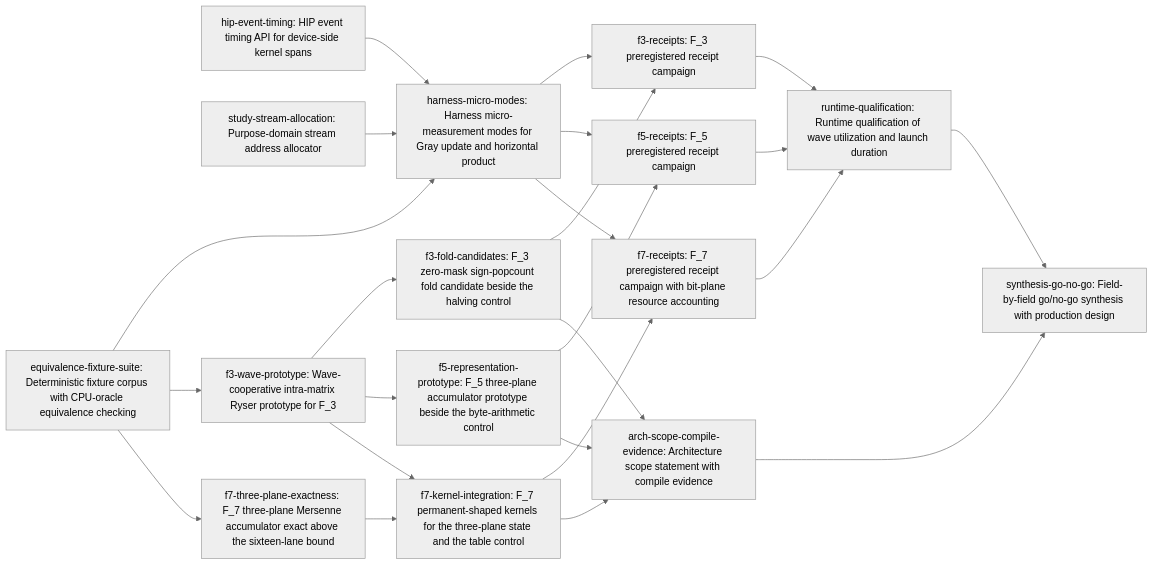
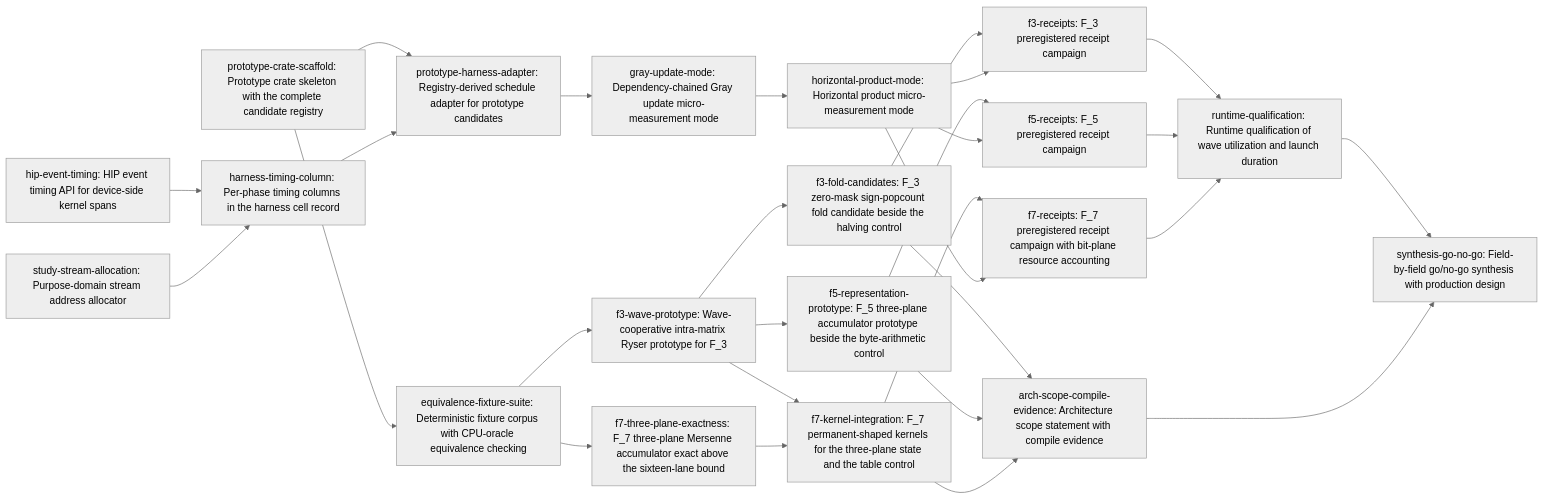
The diagram in dev/active/0de41c82/plan.md (erankavija/gf2), drawn with Mermaid (neutral theme) before and after one commit. The commit also changed other lines of this file and 10 other files, not shown here.

````diff
--- a/dev/active/0de41c82/plan.md
+++ b/dev/active/0de41c82/plan.md
@@ -92,41 +104,49 @@
 ```mermaid
 flowchart LR
-    N0["equivalence-fixture-suite: Deterministic fixture corpus with CPU-oracle equivalence checking"]
-    N1["hip-event-timing: HIP event timing API for device-side kernel spans"]
-    N2["study-stream-allocation: Purpose-domain stream address allocator"]
-    N3["harness-micro-modes: Harness micro-measurement modes for Gray update and horizontal product"]
-    N4["f3-wave-prototype: Wave-cooperative intra-matrix Ryser prototype for F_3"]
-    N5["f3-fold-candidates: F_3 zero-mask sign-popcount fold candidate beside the halving control"]
-    N6["f5-representation-prototype: F_5 three-plane accumulator prototype beside the byte-arithmetic control"]
-    N7["f7-three-plane-exactness: F_7 three-plane Mersenne accumulator exact above the sixteen-lane bound"]
-    N8["f7-kernel-integration: F_7 permanent-shaped kernels for the three-plane state and the table control"]
-    N9["f3-receipts: F_3 preregistered receipt campaign"]
-    N10["f5-receipts: F_5 preregistered receipt campaign"]
-    N11["f7-receipts: F_7 preregistered receipt campaign with bit-plane resource accounting"]
-    N12["runtime-qualification: Runtime qualification of wave utilization and launch duration"]
-    N13["arch-scope-compile-evidence: Architecture scope statement with compile evidence"]
-    N14["synthesis-go-no-go: Field-by-field go/no-go synthesis with production design"]
-    N1 --> N3
-    N0 --> N3
-    N2 --> N3
-    N0 --> N4
+    N0["prototype-crate-scaffold: Prototype crate skeleton with the complete candidate registry"]
+    N1["equivalence-fixture-suite: Deterministic fixture corpus with CPU-oracle equivalence checking"]
+    N2["hip-event-timing: HIP event timing API for device-side kernel spans"]
+    N3["study-stream-allocation: Purpose-domain stream address allocator"]
+    N4["harness-timing-column: Per-phase timing columns in the harness cell record"]
+    N5["prototype-harness-adapter: Registry-derived schedule adapter for prototype candidates"]
+    N6["gray-update-mode: Dependency-chained Gray update micro-measurement mode"]
+    N7["horizontal-product-mode: Horizontal product micro-measurement mode"]
+    N8["f3-wave-prototype: Wave-cooperative intra-matrix Ryser prototype for F_3"]
+    N9["f3-fold-candidates: F_3 zero-mask sign-popcount fold candidate beside the halving control"]
+    N10["f5-representation-prototype: F_5 three-plane accumulator prototype beside the byte-arithmetic control"]
+    N11["f7-three-plane-exactness: F_7 three-plane Mersenne accumulator exact above the sixteen-lane bound"]
+    N12["f7-kernel-integration: F_7 permanent-shaped kernels for the three-plane state and the table control"]
+    N13["f3-receipts: F_3 preregistered receipt campaign"]
+    N14["f5-receipts: F_5 preregistered receipt campaign"]
+    N15["f7-receipts: F_7 preregistered receipt campaign with bit-plane resource accounting"]
+    N16["runtime-qualification: Runtime qualification of wave utilization and launch duration"]
+    N17["arch-scope-compile-evidence: Architecture scope statement with compile evidence"]
+    N18["synthesis-go-no-go: Field-by-field go/no-go synthesis with production design"]
+    N0 --> N1
+    N2 --> N4
+    N3 --> N4
+    N0 --> N5
     N4 --> N5
-    N4 --> N6
-    N0 --> N7
-    N4 --> N8
-    N7 --> N8
-    N5 --> N9
-    N3 --> N9
-    N6 --> N10
-    N3 --> N10
-    N8 --> N11
-    N3 --> N11
-    N9 --> N12
-    N10 --> N12
+    N5 --> N6
+    N6 --> N7
+    N1 --> N8
+    N8 --> N9
+    N8 --> N10
+    N1 --> N11
+    N8 --> N12
     N11 --> N12
-    N5 --> N13
-    N6 --> N13
-    N8 --> N13
-    N12 --> N14
-    N13 --> N14
+    N9 --> N13
+    N7 --> N13
+    N10 --> N14
+    N7 --> N14
+    N12 --> N15
+    N7 --> N15
+    N13 --> N16
+    N14 --> N16
+    N15 --> N16
+    N9 --> N17
+    N10 --> N17
+    N12 --> N17
+    N16 --> N18
+    N17 --> N18
 ```
````
